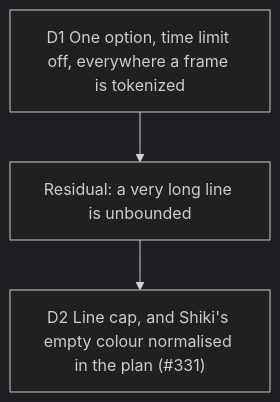
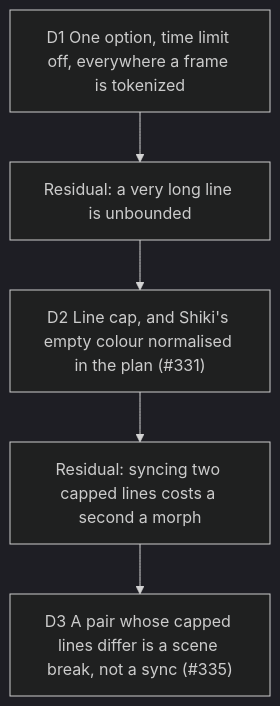
Before and after one commit to delhombre/typelapse: the diagram in docs/decisions/2026-10-14-whole-line-tokenization.md, drawn with Mermaid (dark theme). The commit also changed other lines of this file and 9 other files, not shown here.

First line of the commit message:
fix(magic-move): a pair holding a capped line is a scene break, not a sync (#335) (#336)

````diff
--- a/docs/decisions/2026-10-14-whole-line-tokenization.md
+++ b/docs/decisions/2026-10-14-whole-line-tokenization.md
@@ -14,5 +14,7 @@
 ```mermaid
 flowchart TD
   D1["D1 One option, time limit off, everywhere a frame is tokenized"] --> R["Residual: a very long line is unbounded"]
   R --> D2["D2 Line cap, and Shiki's empty colour normalised in the plan (#331)"]
+  D2 --> R2["Residual: syncing two capped lines costs a second a morph"]
+  R2 --> D3["D3 A pair whose capped lines differ is a scene break, not a sync (#335)"]
 ```
````
